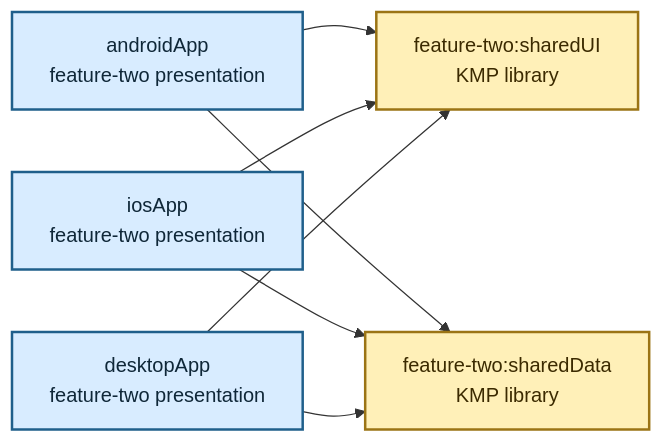
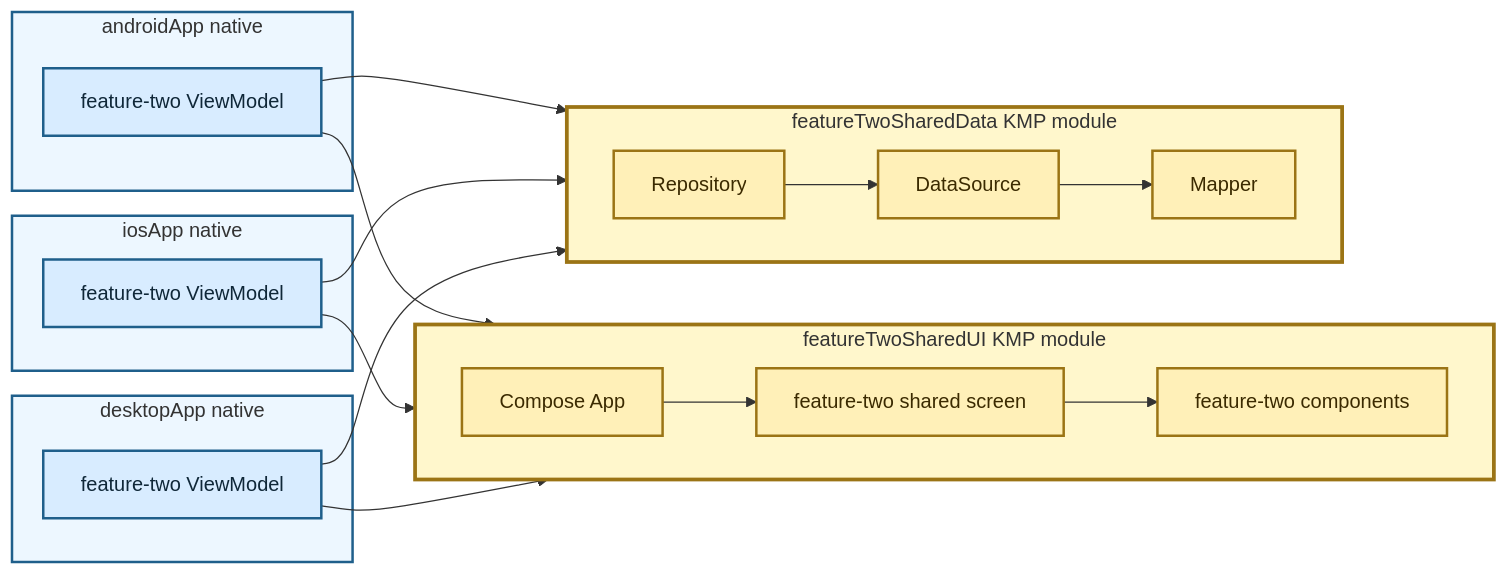
One commit to TheSetox/kmp-sample-diagrams changed the diagram in diagrams/13-modular-kmp-ui-data-layer.md. Above: the diagram before and after it, drawn with Mermaid. The commit also changed 18 other files, not shown here.

Commit message:
docs: clarify kmp and native diagram boundaries

````diff
--- a/diagrams/13-modular-kmp-ui-data-layer.md
+++ b/diagrams/13-modular-kmp-ui-data-layer.md
@@ -5,22 +5,47 @@
 ```mermaid
 flowchart LR
-  SharedF2UI["feature-two:sharedUI\nKMP library"]
-  SharedF2Data["feature-two:sharedData\nKMP library"]
+  subgraph Android["androidApp native"]
+    AndroidVM["feature-two ViewModel"]
+  end
 
-  AndroidP["androidApp\nfeature-two presentation"]
-  IOSP["iosApp\nfeature-two presentation"]
-  DesktopP["desktopApp\nfeature-two presentation"]
+  subgraph IOS["iosApp native"]
+    IOSVM["feature-two ViewModel"]
+  end
 
-  AndroidP --> SharedF2UI
-  IOSP --> SharedF2UI
-  DesktopP --> SharedF2UI
+  subgraph Desktop["desktopApp native"]
+    DesktopVM["feature-two ViewModel"]
+  end
 
-  AndroidP --> SharedF2Data
-  IOSP --> SharedF2Data
-  DesktopP --> SharedF2Data
+  subgraph UIKMP["featureTwoSharedUI KMP module"]
+    direction LR
+    App["Compose App"]
+    Screen["feature-two shared screen"]
+    Components["feature-two components"]
+    App --> Screen --> Components
+  end
+
+  subgraph DataKMP["featureTwoSharedData KMP module"]
+    direction LR
+    Repository["Repository"]
+    DataSource["DataSource"]
+    Mapper["Mapper"]
+    Repository --> DataSource --> Mapper
+  end
+
+  AndroidVM --> App
+  IOSVM --> App
+  DesktopVM --> App
+  AndroidVM --> Repository
+  IOSVM --> Repository
+  DesktopVM --> Repository
 
   classDef app fill:#d8ecff,stroke:#1f5f8b,color:#0f2738,stroke-width:2px;
-  classDef shared fill:#fff0b8,stroke:#9b7415,color:#3b2a00,stroke-width:2px;
-  class AndroidP,IOSP,DesktopP app;
-  class SharedF2UI,SharedF2Data shared;
+  classDef kmp fill:#fff0b8,stroke:#9b7415,color:#3b2a00,stroke-width:2px;
+  class AndroidVM,IOSVM,DesktopVM app;
+  class App,Screen,Components,Repository,DataSource,Mapper kmp;
+  style Android fill:#edf7ff,stroke:#1f5f8b,stroke-width:2px
+  style IOS fill:#edf7ff,stroke:#1f5f8b,stroke-width:2px
+  style Desktop fill:#edf7ff,stroke:#1f5f8b,stroke-width:2px
+  style UIKMP fill:#fff7cc,stroke:#9b7415,stroke-width:3px
+  style DataKMP fill:#fff7cc,stroke:#9b7415,stroke-width:3px
 ```
````
